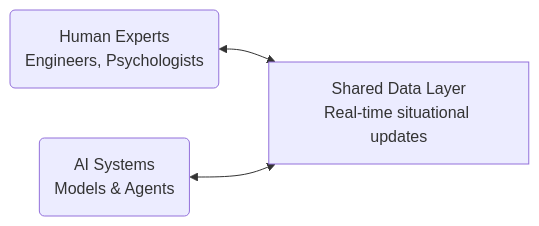
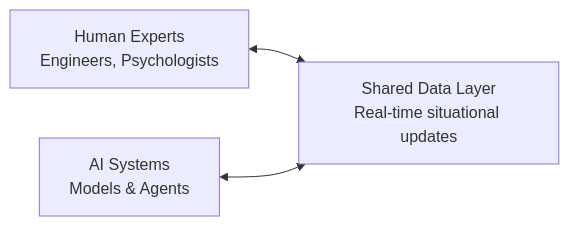
Before and after one commit to P4blo0o0/neurostiv-framework: the first of 2 diagrams in docs/extended-guide-v1.0.en.md, drawn with Mermaid. The commit also changed other lines of this file, not shown here.

````diff
--- a/docs/extended-guide-v1.0.en.md
+++ b/docs/extended-guide-v1.0.en.md
@@ -126,9 +221,9 @@
-    ```mermaid
-    graph LR
-      H(Human Experts<br>Engineers, Psychologists)
-      SDL[Shared Data Layer<br>Real-time situational updates]
-      AI(AI Systems<br>Models & Agents)
+```mermaid
+graph LR
+  H[Human Experts<br/>Engineers, Psychologists]
+  SDL[Shared Data Layer<br/>Real-time situational updates]
+  AI[AI Systems<br/>Models & Agents]
 
-      H <--> SDL
-      AI <--> SDL
-    ```
+  H <--> SDL
+  AI <--> SDL
+```
````
